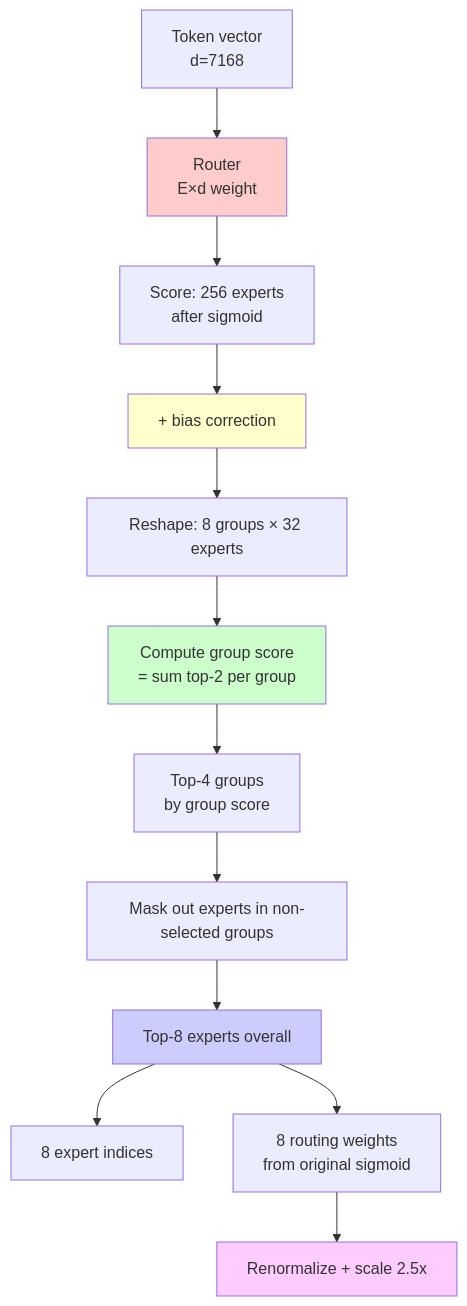
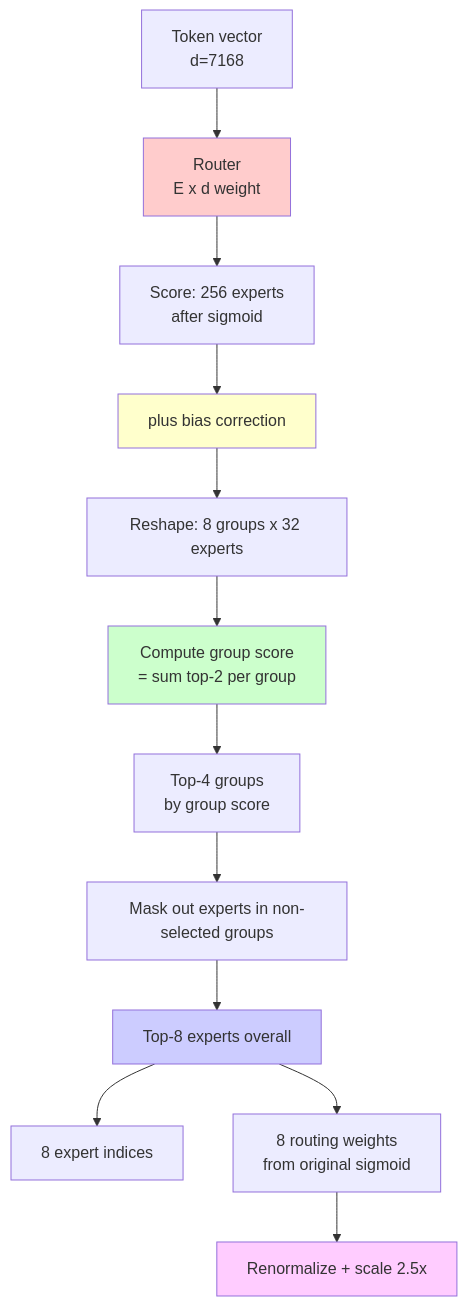
One commit to tuandung222/mixture-of-experts-from-source changed the fourth of 9 diagrams in docs/06-mathematical-modeling/06-visualizations-gallery.md. Above: the diagram before and after it, drawn with Mermaid. The commit also changed other lines of this file and 9 other files, not shown here.

Commit message:
D8: fix Mermaid parse errors, add qa:mermaid validator + update AGENTS.md

````diff
--- a/docs/06-mathematical-modeling/06-visualizations-gallery.md
+++ b/docs/06-mathematical-modeling/06-visualizations-gallery.md
@@ -93,20 +93,20 @@
 ```mermaid
 flowchart TB
-    Token[Token vector<br/>d=7168] --> Router[Router<br/>E×d weight]
-    Router --> Scores[Score: 256 experts<br/>after sigmoid]
-    Scores --> Bias[+ bias correction]
-    Bias --> Reshape[Reshape: 8 groups × 32 experts]
-    Reshape --> GroupScore[Compute group score<br/>= sum top-2 per group]
-    GroupScore --> GroupTopK[Top-4 groups<br/>by group score]
-    GroupTopK --> Mask[Mask out experts in non-selected groups]
-    Mask --> FinalTopK[Top-8 experts overall]
-    FinalTopK --> Indices[8 expert indices]
-    FinalTopK --> Weights[8 routing weights<br/>from original sigmoid]
-    Weights --> Renorm[Renormalize + scale 2.5x]
+    Token["Token vector<br/>d=7168"] --> Router["Router<br/>E x d weight"]
+    Router --> Scores["Score: 256 experts<br/>after sigmoid"]
+    Scores --> Bias["plus bias correction"]
+    Bias --> Reshape["Reshape: 8 groups x 32 experts"]
+    Reshape --> GroupScore["Compute group score<br/>= sum top-2 per group"]
+    GroupScore --> GroupTopK["Top-4 groups<br/>by group score"]
+    GroupTopK --> Mask["Mask out experts in non-selected groups"]
+    Mask --> FinalTopK["Top-8 experts overall"]
+    FinalTopK --> Indices["8 expert indices"]
+    FinalTopK --> Weights["8 routing weights<br/>from original sigmoid"]
+    Weights --> Renorm["Renormalize + scale 2.5x"]
 
     style Router fill:#fcc
     style Bias fill:#ffc
     style GroupScore fill:#cfc
     style FinalTopK fill:#ccf
     style Renorm fill:#fcf
 ```
````
